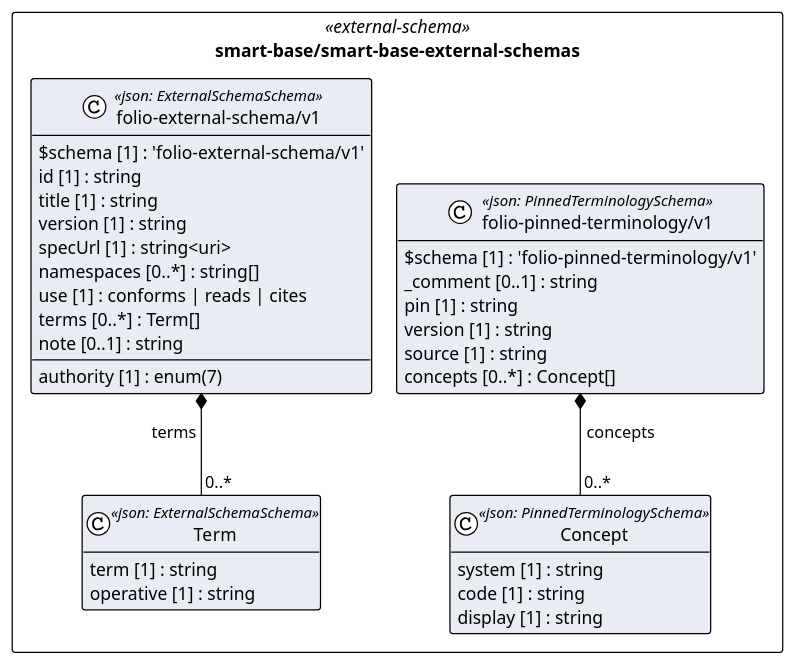
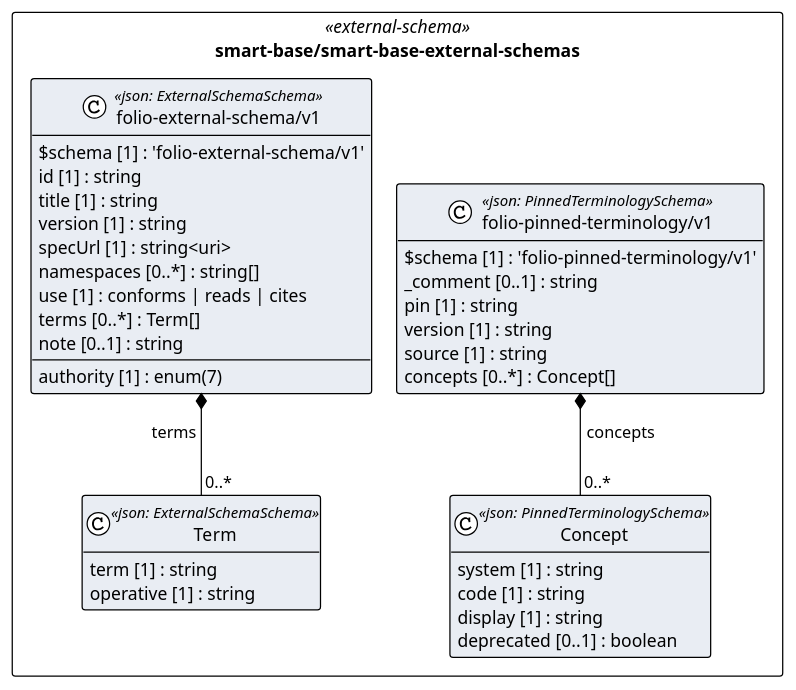
Before and after one commit to litlfred/folio-assistant: the diagram in cat-harness/uml/overview/smart-base/smart-base-external-schemas.puml, drawn with PlantUML. The commit also changed 915 other files, not shown here.

```diff
--- a/cat-harness/uml/overview/smart-base/smart-base-external-schemas.puml
+++ b/cat-harness/uml/overview/smart-base/smart-base-external-schemas.puml
@@ -3,43 +3,44 @@
 @startuml smart_base_smart_base_external_schemas
 !pragma layout elk
 !theme plain
 skinparam classAttributeIconSize 0
 skinparam shadowing false
 skinparam packageStyle rectangle
 hide empty methods
 
 package "smart-base/smart-base-external-schemas" as pkg_smart_base_smart_base_external_schemas <<external-schema>> {
   class "Term" as smart_base_smart_base_external_schemas_folio_external_schema_v1_Term <<json: ExternalSchemaSchema>> #e9edf3 {
     term [1] : string
     operative [1] : string
   }
   class "folio-external-schema/v1" as smart_base_smart_base_external_schemas_folio_external_schema_v1_folio_external_schema_v1 <<json: ExternalSchemaSchema>> #e9edf3 {
     $schema [1] : 'folio-external-schema/v1'
     id [1] : string
     authority [1] : enum(7)
     title [1] : string
     version [1] : string
     specUrl [1] : string<uri>
     namespaces [0..*] : string[]
     use [1] : conforms | reads | cites
     terms [0..*] : Term[]
     note [0..1] : string
   }
   class "Concept" as smart_base_smart_base_external_schemas_folio_pinned_terminology_v1_Concept <<json: PinnedTerminologySchema>> #e9edf3 {
     system [1] : string
     code [1] : string
     display [1] : string
+    deprecated [0..1] : boolean
   }
   class "folio-pinned-terminology/v1" as smart_base_smart_base_external_schemas_folio_pinned_terminology_v1_folio_pinned_terminology_v1 <<json: PinnedTerminologySchema>> #e9edf3 {
     $schema [1] : 'folio-pinned-terminology/v1'
     _comment [0..1] : string
     pin [1] : string
     version [1] : string
     source [1] : string
     concepts [0..*] : Concept[]
   }
 }
 
 smart_base_smart_base_external_schemas_folio_external_schema_v1_folio_external_schema_v1 *-- "0..*" smart_base_smart_base_external_schemas_folio_external_schema_v1_Term : terms
 smart_base_smart_base_external_schemas_folio_pinned_terminology_v1_folio_pinned_terminology_v1 *-- "0..*" smart_base_smart_base_external_schemas_folio_pinned_terminology_v1_Concept : concepts
 @enduml
```
